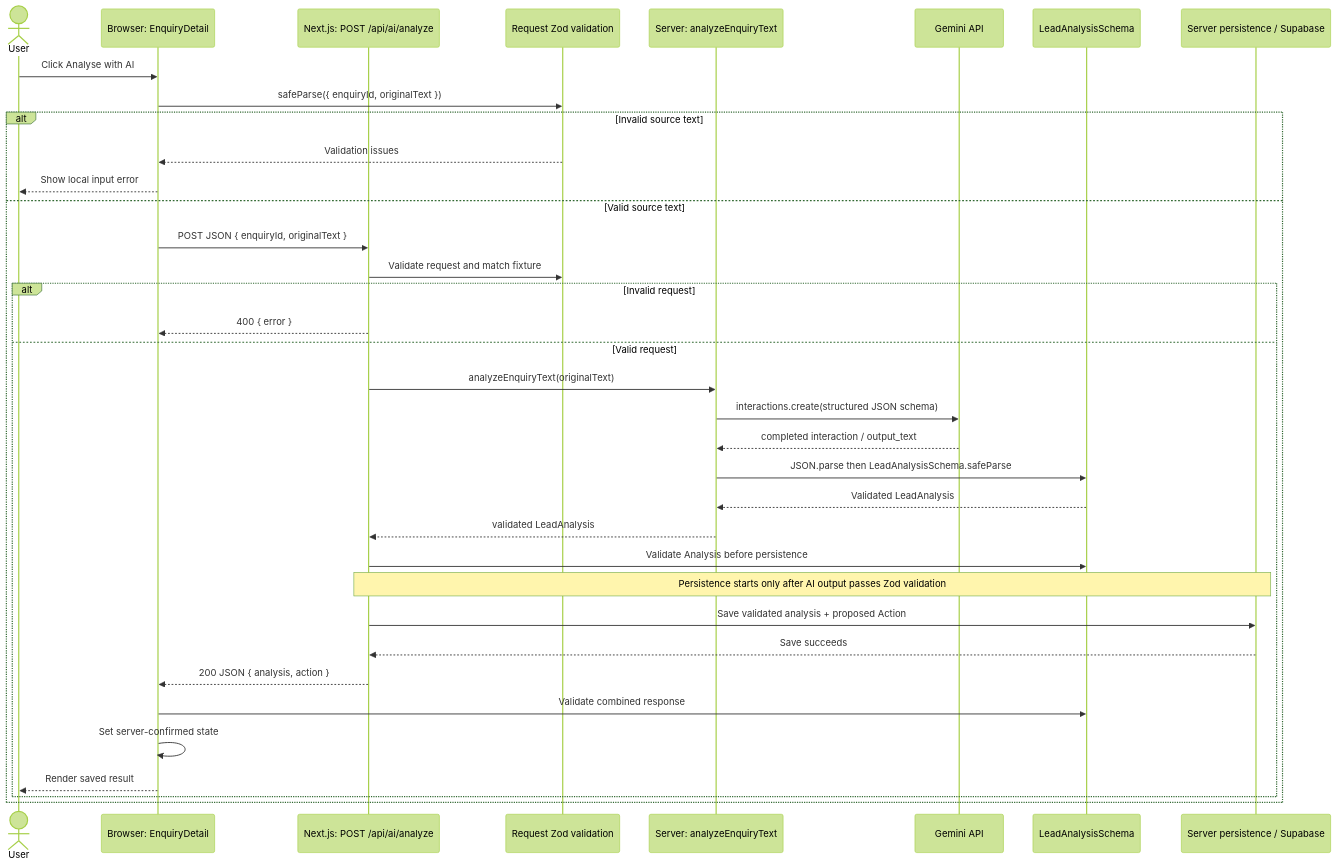
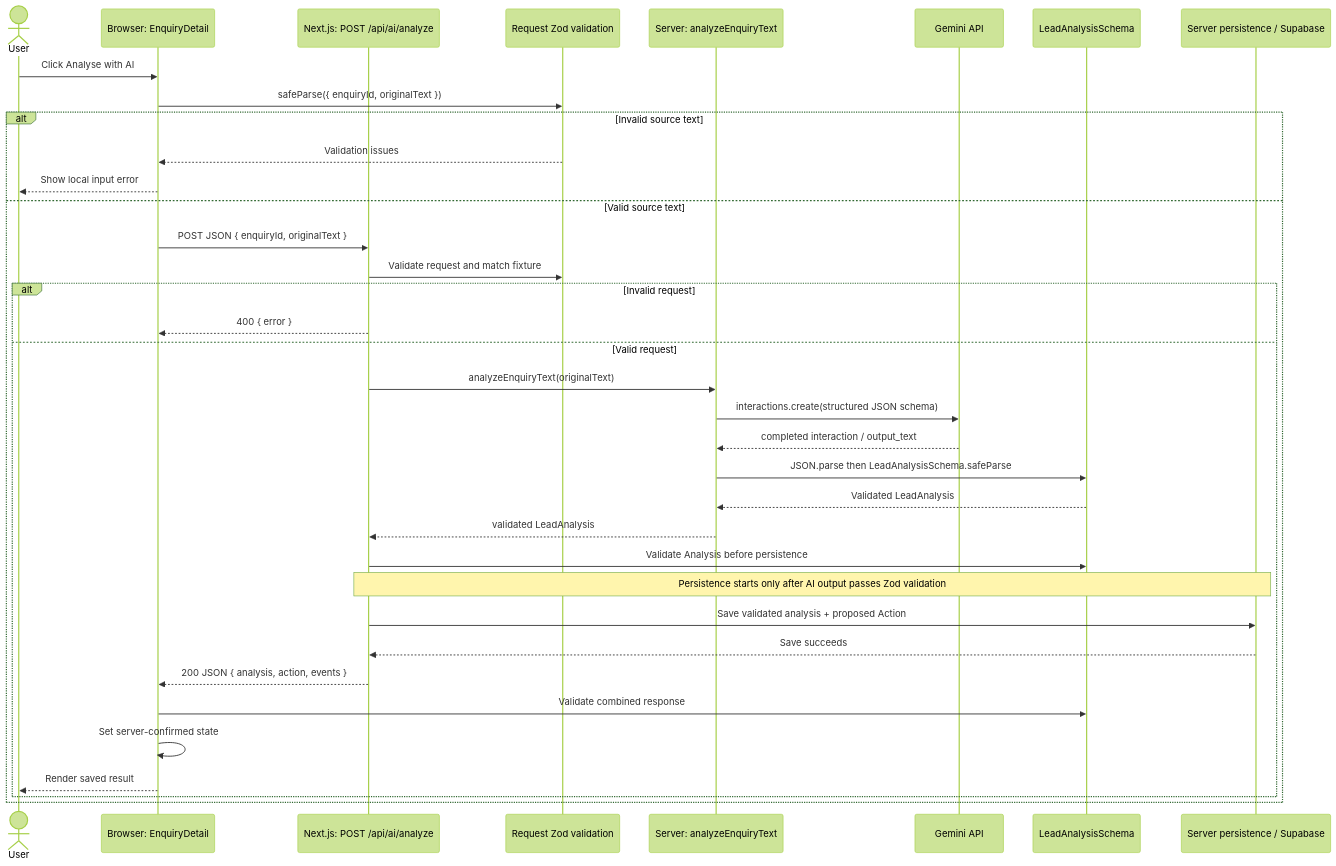
One commit to nthnmillar/morrow-ai-lead changed the second of 2 diagrams in ARCHITECTURE_WALKTHROUGH.md. Above: the diagram before and after it, drawn with Mermaid (forest theme). The commit also changed other lines of this file and 28 other files, not shown here.

````diff
--- a/ARCHITECTURE_WALKTHROUGH.md
+++ b/ARCHITECTURE_WALKTHROUGH.md
@@ -94,39 +113,39 @@
 ```mermaid
 sequenceDiagram
   actor User
   participant UI as Browser: EnquiryDetail
   participant API as Next.js: POST /api/ai/analyze
   participant Request as Request Zod validation
   participant Provider as Server: analyzeEnquiryText
   participant Gemini as Gemini API
   participant Output as LeadAnalysisSchema
   participant DB as Server persistence / Supabase
 
   User->>UI: Click Analyse with AI
   UI->>Request: safeParse({ enquiryId, originalText })
   alt Invalid source text
     Request-->>UI: Validation issues
     UI-->>User: Show local input error
   else Valid source text
     UI->>API: POST JSON { enquiryId, originalText }
     API->>Request: Validate request and match fixture
     alt Invalid request
       API-->>UI: 400 { error }
     else Valid request
       API->>Provider: analyzeEnquiryText(originalText)
       Provider->>Gemini: interactions.create(structured JSON schema)
       Gemini-->>Provider: completed interaction / output_text
       Provider->>Output: JSON.parse then LeadAnalysisSchema.safeParse
       Output-->>Provider: Validated LeadAnalysis
       Provider-->>API: validated LeadAnalysis
       API->>Output: Validate Analysis before persistence
       Note over API,DB: Persistence starts only after AI output passes Zod validation
       API->>DB: Save validated analysis + proposed Action
       DB-->>API: Save succeeds
-      API-->>UI: 200 JSON { analysis, action }
+      API-->>UI: 200 JSON { analysis, action, events }
       UI->>Output: Validate combined response
       UI->>UI: Set server-confirmed state
       UI-->>User: Render saved result
     end
   end
 ```
````
